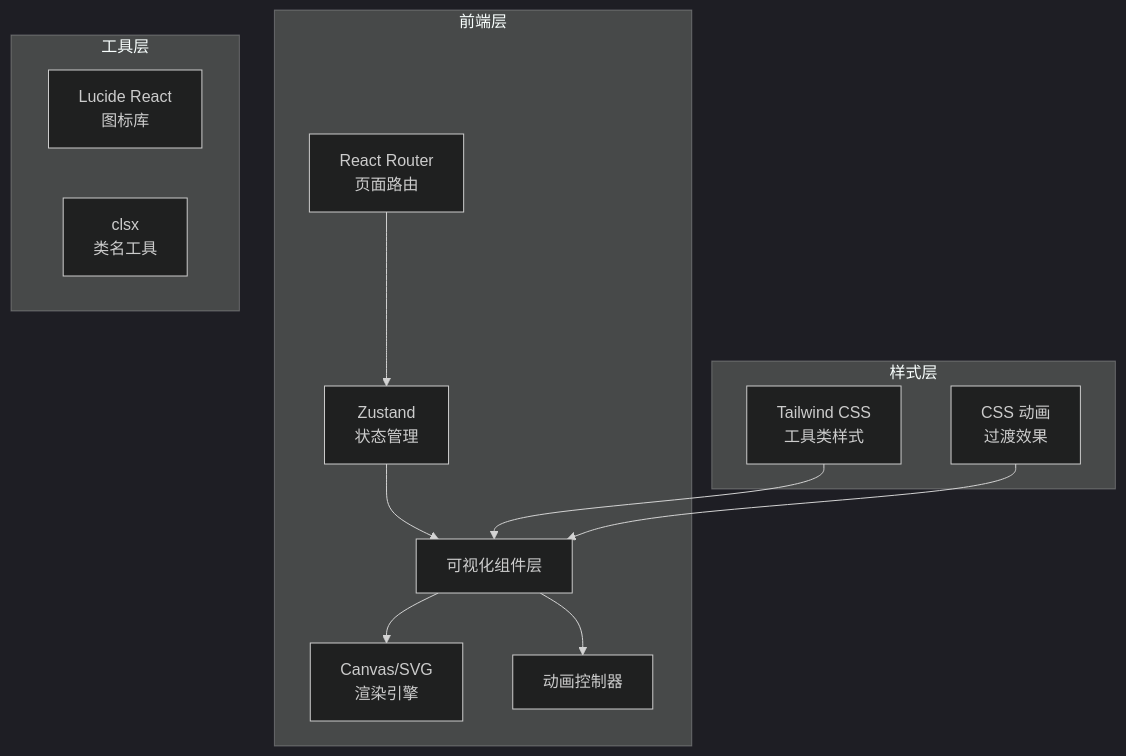
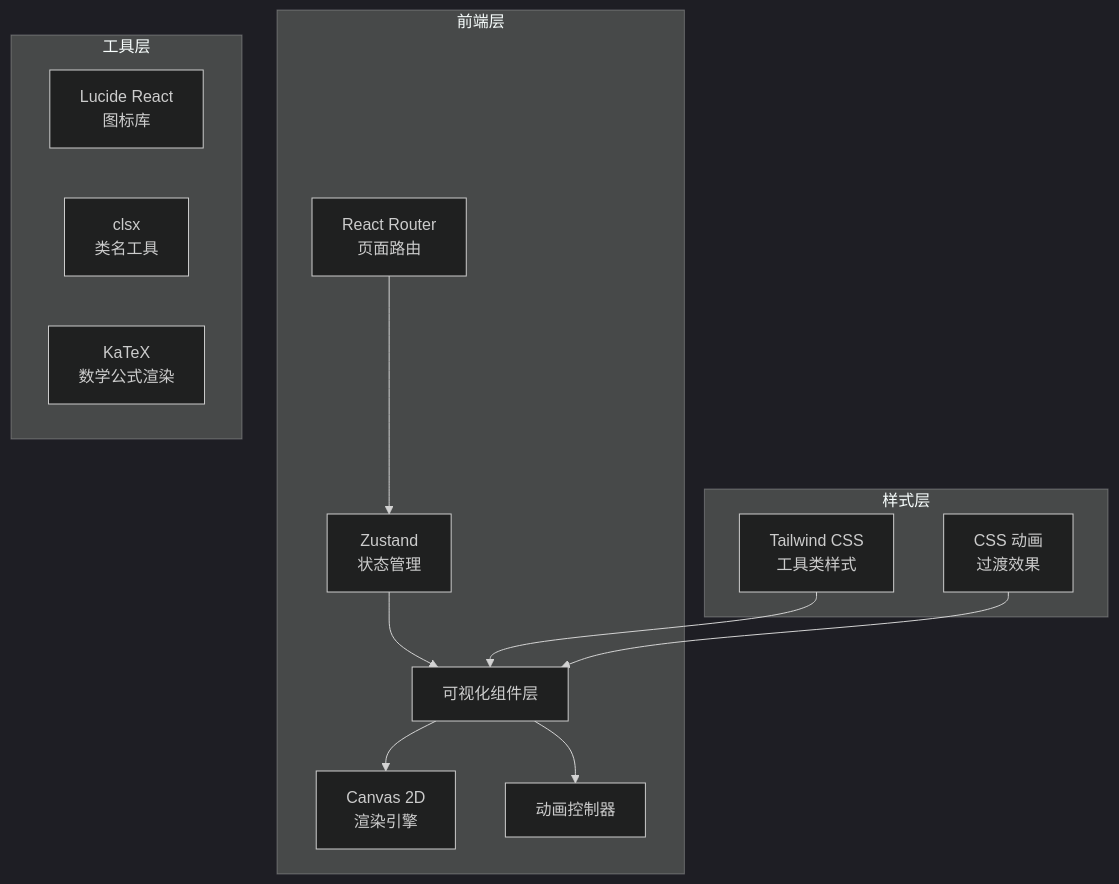
The first of 2 diagrams in .trae/documents/plan.md (saicem/photoelectricity-visualization), drawn with Mermaid (dark theme) before and after one commit. The commit also changed other lines of this file and 3 other files, not shown here.

````diff
--- a/.trae/documents/plan.md
+++ b/.trae/documents/plan.md
@@ -5,19 +5,20 @@
 ```mermaid
 graph TB
     subgraph 前端层
         A[React Router<br/>页面路由] --> B[Zustand<br/>状态管理]
         B --> C[可视化组件层]
-        C --> D[Canvas/SVG<br/>渲染引擎]
+        C --> D[Canvas 2D<br/>渲染引擎]
         C --> E[动画控制器]
     end
     
     subgraph 样式层
         F[Tailwind CSS<br/>工具类样式] --> C
         G[CSS 动画<br/>过渡效果] --> C
     end
     
     subgraph 工具层
         H[Lucide React<br/>图标库]
         I[clsx<br/>类名工具]
+        J[KaTeX<br/>数学公式渲染]
     end
 ```
````
